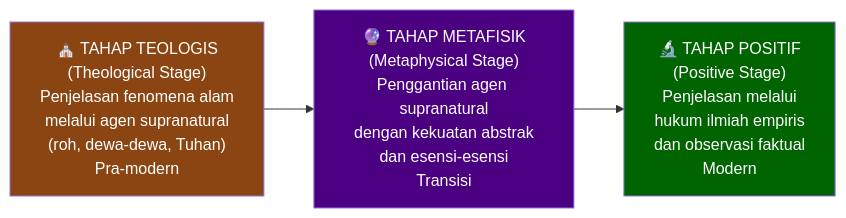
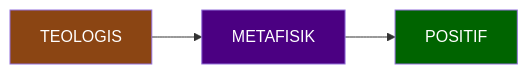
Before and after one commit to hifdzimaulana/beate-vivere: the sixth of 15 diagrams in content/Lectures/filsafat-hukum-midterm.md, drawn with Mermaid. The commit also changed other lines of this file and 1 other file, not shown here.

Commit message:
Fix mermaid diagrams: replace \n with <br/> and remove emojis

````diff
--- a/content/Lectures/filsafat-hukum-midterm.md
+++ b/content/Lectures/filsafat-hukum-midterm.md
@@ -492,8 +478,7 @@
 ```mermaid
 graph LR
-    A["⛪ TAHAP TEOLOGIS\n(Theological Stage)\nPenjelasan fenomena alam\nmelalui agen supranatural\n(roh, dewa-dewa, Tuhan)\nPra-modern"] --> B["🔮 TAHAP METAFISIK\n(Metaphysical Stage)\nPenggantian agen supranatural\ndengan kekuatan abstrak\ndan esensi-esensi\nTransisi"] --> C["🔬 TAHAP POSITIF\n(Positive Stage)\nPenjelasan melalui\nhukum ilmiah empiris\ndan observasi faktual\nModern"]
-
+    A["TEOLOGIS"] --> B["METAFISIK"] --> C["POSITIF"]
     style A fill:#8B4513,color:#fff
     style B fill:#4B0082,color:#fff
     style C fill:#006400,color:#fff
 ```
````
